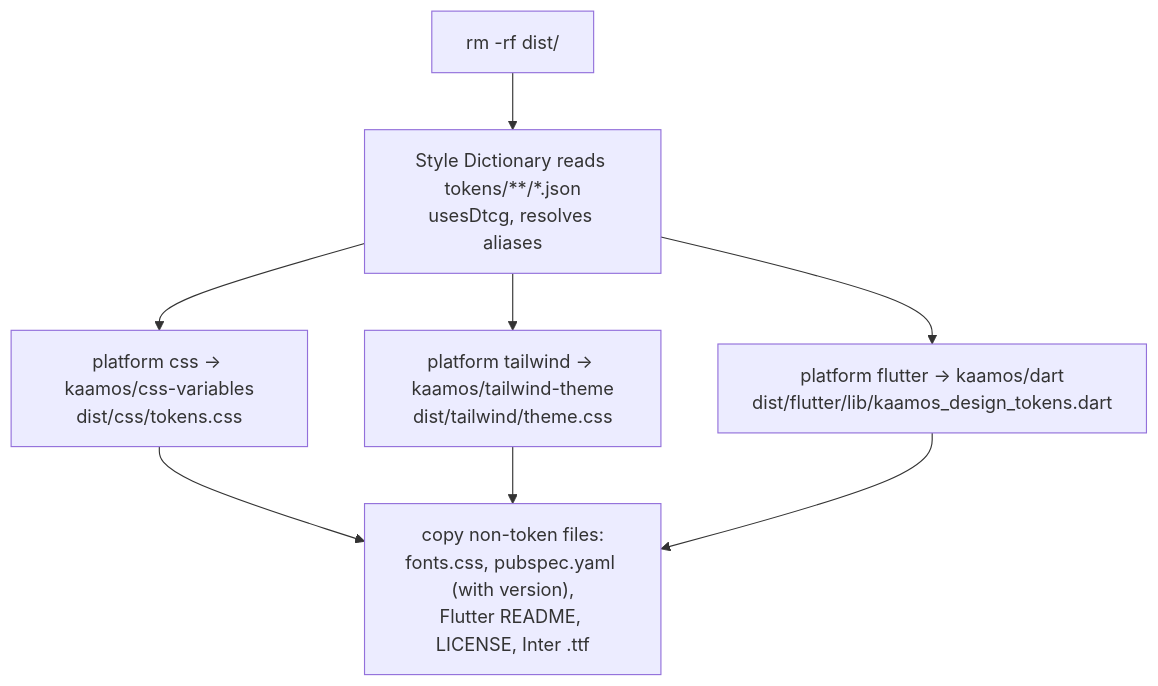
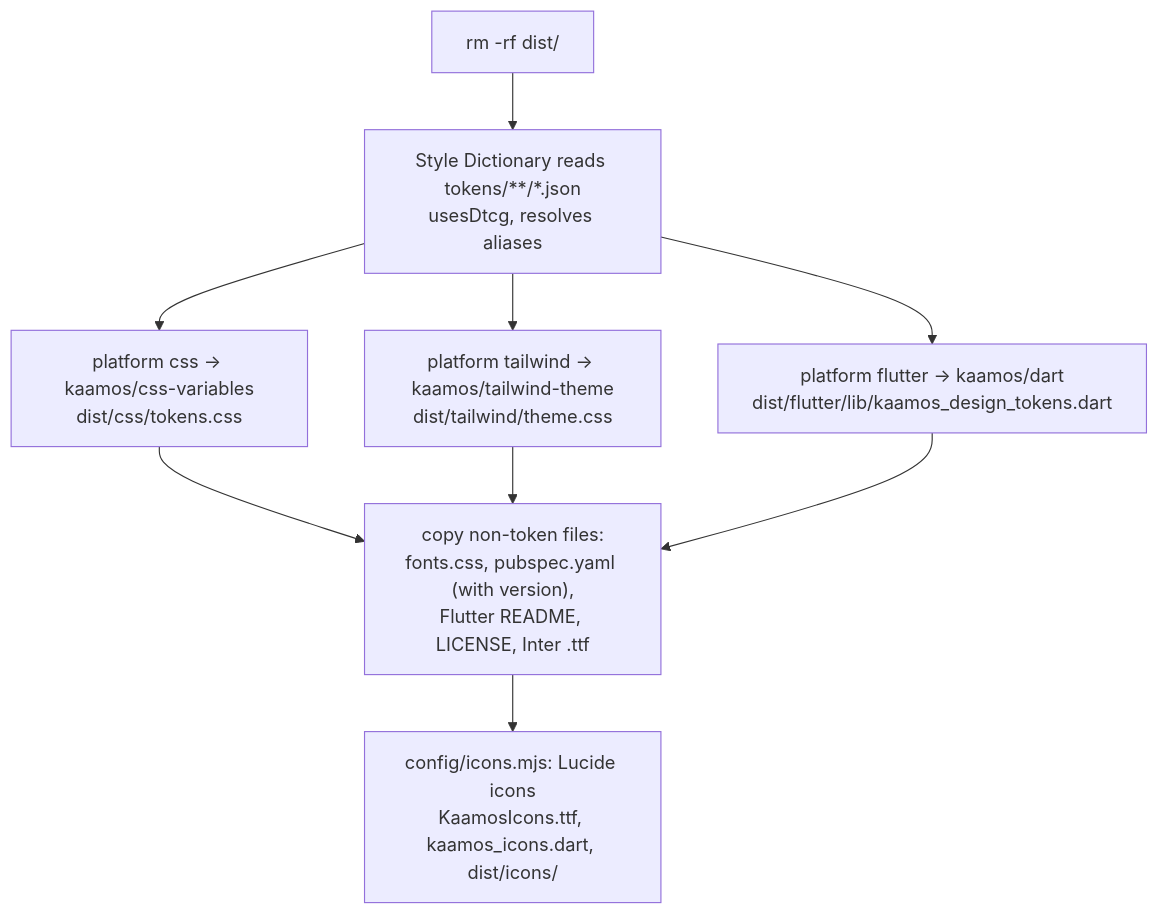
One commit to kaamos-project/open-design-tokens changed the diagram in docs/build-pipeline.md. Above: the diagram before and after it, drawn with Mermaid. The commit also changed other lines of this file and 19 other files, not shown here.

````diff
--- a/docs/build-pipeline.md
+++ b/docs/build-pipeline.md
@@ -7,10 +7,11 @@
 ```mermaid
 flowchart TD
     clean["rm -rf dist/"] --> read["Style Dictionary reads tokens/**/*.json<br/>usesDtcg, resolves aliases"]
     read --> p1["platform css → kaamos/css-variables<br/>dist/css/tokens.css"]
     read --> p2["platform tailwind → kaamos/tailwind-theme<br/>dist/tailwind/theme.css"]
     read --> p3["platform flutter → kaamos/dart<br/>dist/flutter/lib/kaamos_design_tokens.dart"]
     p1 --> extra["copy non-token files:<br/>fonts.css, pubspec.yaml (with version),<br/>Flutter README, LICENSE, Inter .ttf"]
     p2 --> extra
     p3 --> extra
+    extra --> icons["config/icons.mjs: Lucide icons<br/>KaamosIcons.ttf, kaamos_icons.dart, dist/icons/"]
 ```
````
